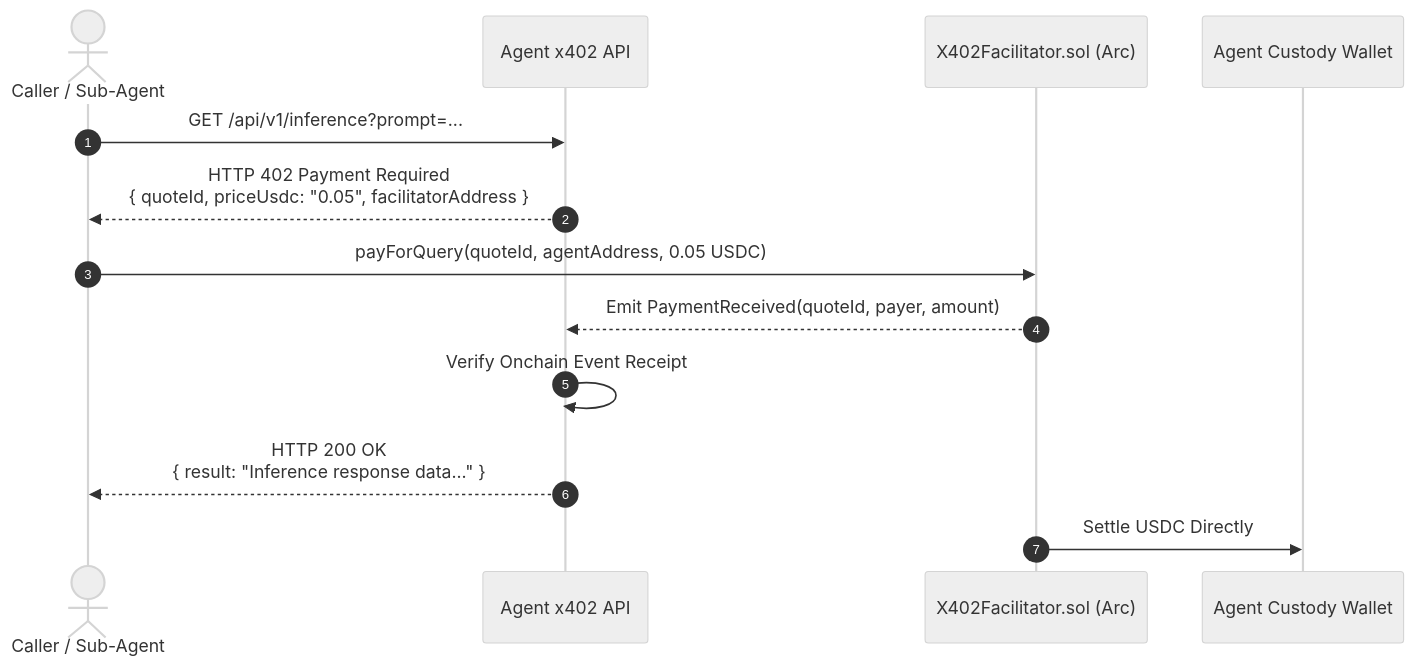
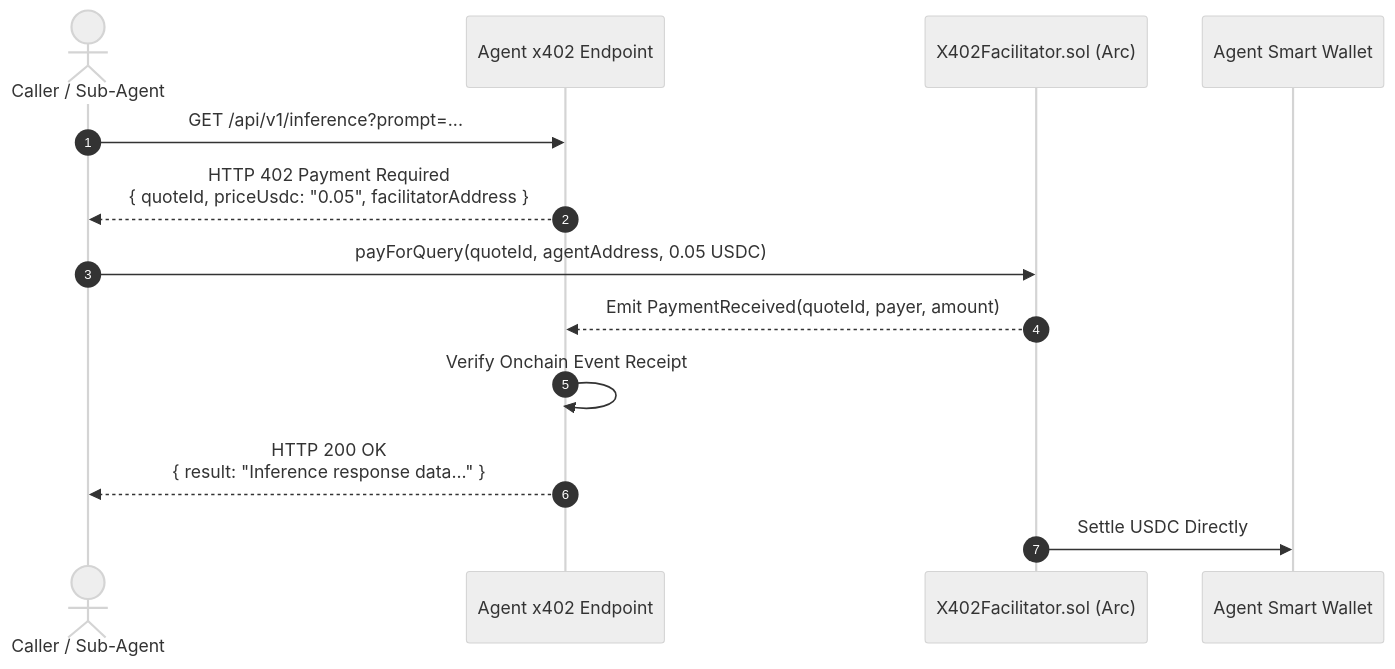
Before and after one commit to UncleTom29/circuits-protocol-docs: the diagram in guides/set-up-x402-service.md, drawn with Mermaid (neutral theme). The commit also changed other lines of this file and 11 other files, not shown here.

Commit message:
docs: update terminology to reflect smart wallet integration, Circuits AI Runtime, and clarified x402 payment flow

````diff
--- a/guides/set-up-x402-service.md
+++ b/guides/set-up-x402-service.md
@@ -11,16 +11,16 @@
 ```mermaid
 sequenceDiagram
     autonumber
     actor Client as Caller / Sub-Agent
-    participant AgentAPI as Agent x402 API
+    participant AgentAPI as Agent x402 Endpoint
     participant Facilitator as X402Facilitator.sol (Arc)
-    participant AgentWallet as Agent Custody Wallet
+    participant AgentWallet as Agent Smart Wallet
 
     Client->>AgentAPI: GET /api/v1/inference?prompt=...
     AgentAPI-->>Client: HTTP 402 Payment Required<br/>{ quoteId, priceUsdc: "0.05", facilitatorAddress }
     Client->>Facilitator: payForQuery(quoteId, agentAddress, 0.05 USDC)
     Facilitator-->>AgentAPI: Emit PaymentReceived(quoteId, payer, amount)
     AgentAPI->>AgentAPI: Verify Onchain Event Receipt
     AgentAPI-->>Client: HTTP 200 OK<br/>{ result: "Inference response data..." }
     Facilitator->>AgentWallet: Settle USDC Directly
 ```
````
